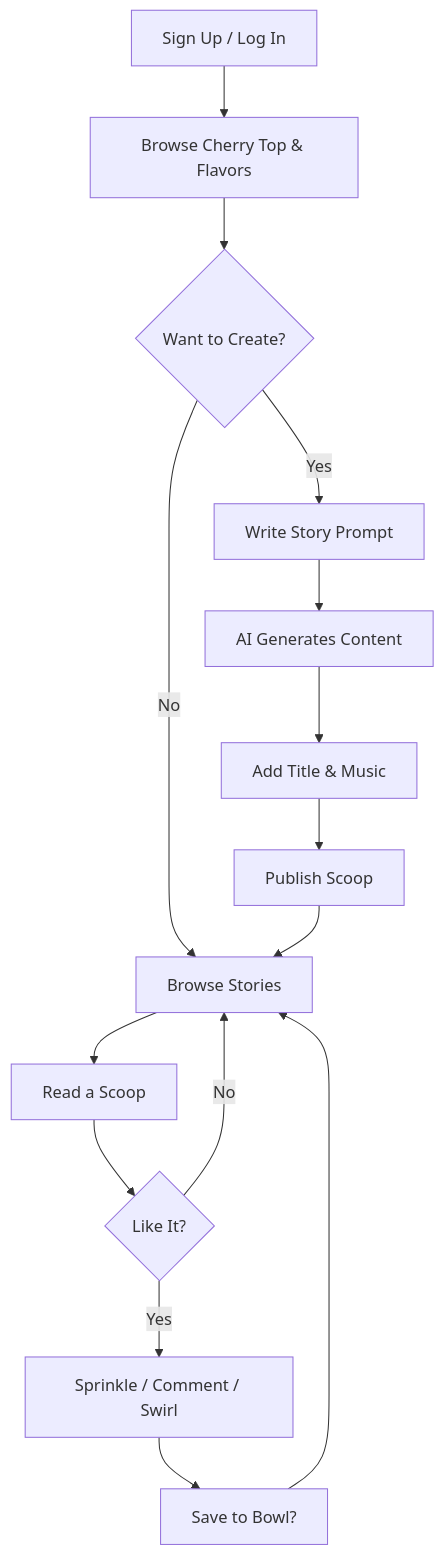
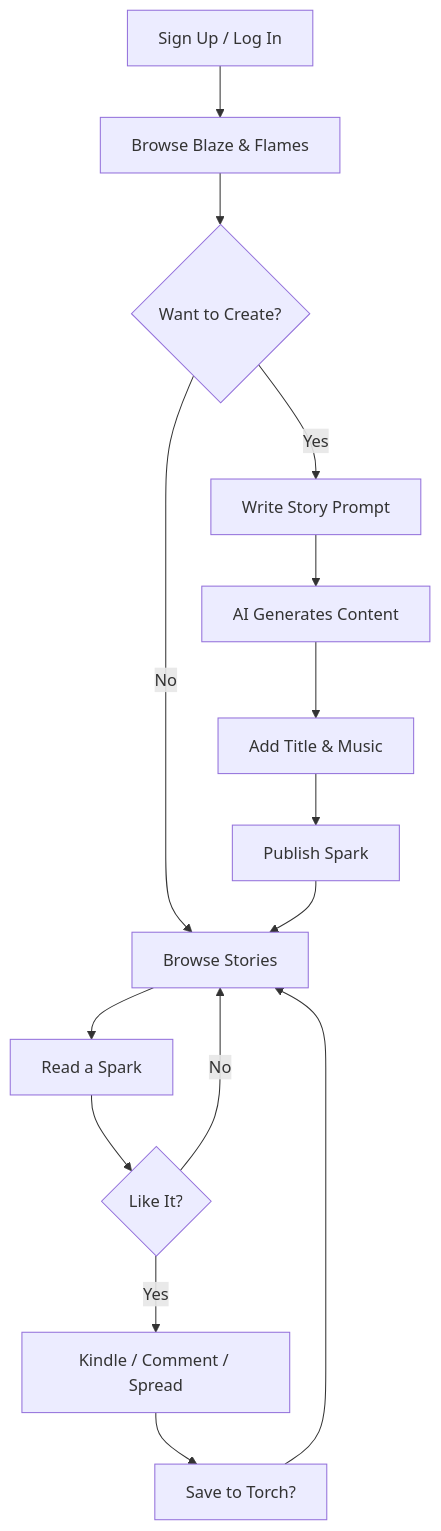
The diagram in requirements.md (Surya2004-janardhan/Scoops), drawn with Mermaid before and after one commit. The commit also changed other lines of this file and 1 other file, not shown here.

````diff
--- a/requirements.md
+++ b/requirements.md
@@ -115,17 +115,17 @@
 ```mermaid
 graph TD
-    A[Sign Up / Log In] --> B[Browse Cherry Top & Flavors]
+    A[Sign Up / Log In] --> B[Browse Blaze & Flames]
     B --> C{Want to Create?}
     C -->|Yes| D[Write Story Prompt]
     D --> E[AI Generates Content]
     E --> F[Add Title & Music]
-    F --> G[Publish Scoop]
+    F --> G[Publish Spark]
     C -->|No| H[Browse Stories]
-    H --> I[Read a Scoop]
+    H --> I[Read a Spark]
     I --> J{Like It?}
-    J -->|Yes| K[Sprinkle / Comment / Swirl]
+    J -->|Yes| K[Kindle / Comment / Spread]
     J -->|No| H
-    K --> L[Save to Bowl?]
+    K --> L[Save to Torch?]
     L --> H
     G --> H
 ```
````
